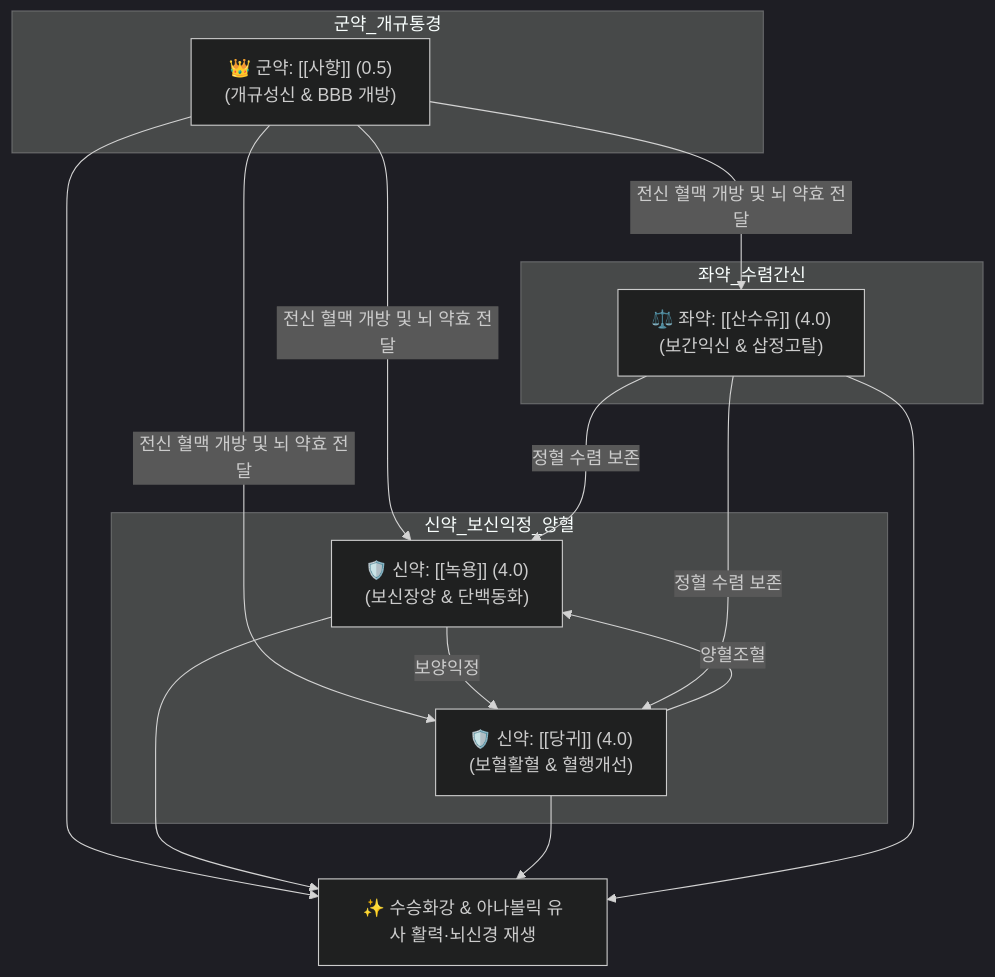
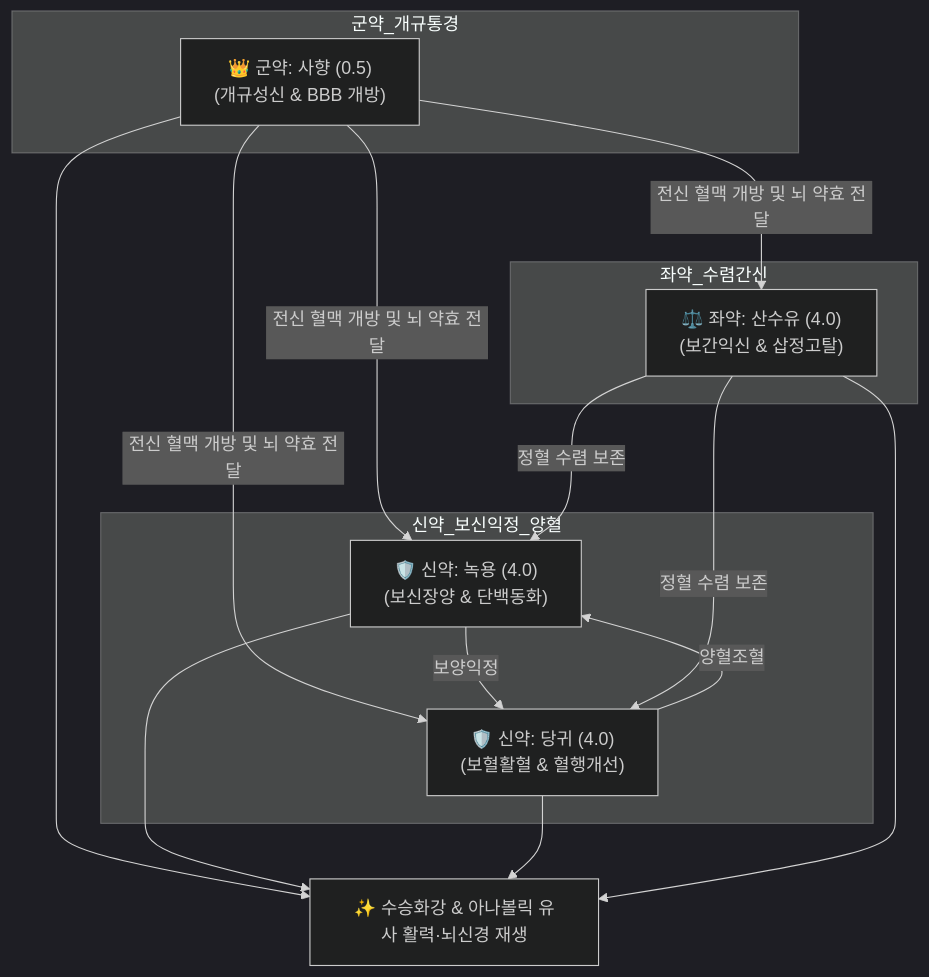
One commit to simbio11/simbio-digital-garden2 changed the diagram in content/2. 약리 공부/처방/02_보익제/공진단.md. Above: the diagram before and after it, drawn with Mermaid (dark theme). The commit also changed other lines of this file and 323 other files, not shown here.

````diff
--- a/content/2. 약리 공부/처방/02_보익제/공진단.md
+++ b/content/2. 약리 공부/처방/02_보익제/공진단.md
@@ -48,18 +50,18 @@
 ```mermaid
 graph TD
     subgraph 군약_개규통경
-        SH["👑 군약: [[사향]] (0.5)<br>(개규성신 & BBB 개방)"]
+        SH["👑 군약: 사향 (0.5)<br>(개규성신 & BBB 개방)"]
     end
     subgraph 신약_보신익정_양혈
-        NY["🛡️ 신약: [[녹용]] (4.0)<br>(보신장양 & 단백동화)"]
-        DG["🛡️ 신약: [[당귀]] (4.0)<br>(보혈활혈 & 혈행개선)"]
+        NY["🛡️ 신약: 녹용 (4.0)<br>(보신장양 & 단백동화)"]
+        DG["🛡️ 신약: 당귀 (4.0)<br>(보혈활혈 & 혈행개선)"]
     end
     subgraph 좌약_수렴간신
-        SSY["⚖️ 좌약: [[산수유]] (4.0)<br>(보간익신 & 삽정고탈)"]
+        SSY["⚖️ 좌약: 산수유 (4.0)<br>(보간익신 & 삽정고탈)"]
     end
     SH -->|전신 혈맥 개방 및 뇌 약효 전달| NY & DG & SSY
     NY -->|보양익정| DG
     DG -->|양혈조혈| NY
     SSY -->|정혈 수렴 보존| NY & DG
     SH & NY & DG & SSY --> Outcome["✨ 수승화강 & 아나볼릭 유사 활력·뇌신경 재생"]
 ```
````
